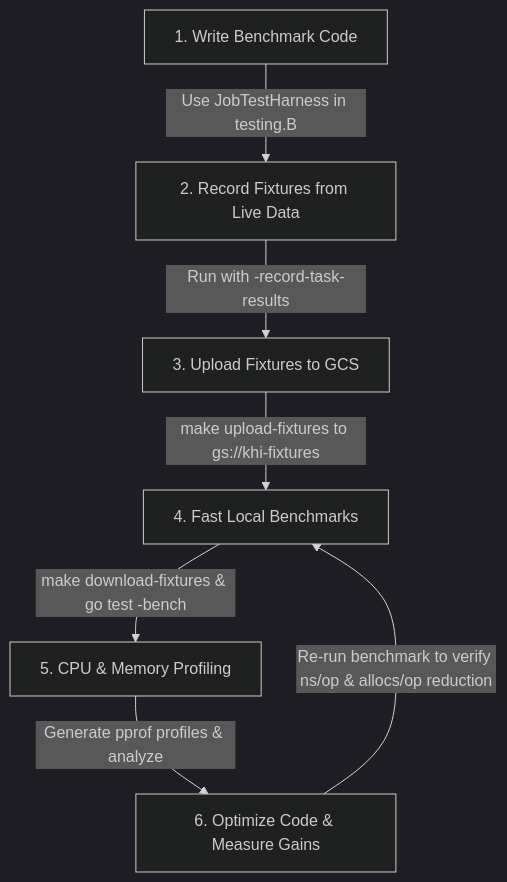
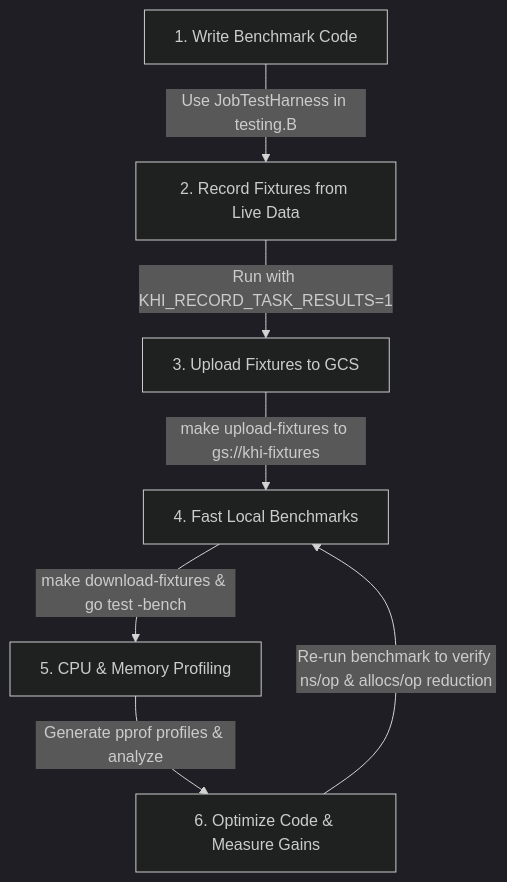
Before and after one commit to kyasbal/khi: the diagram in .agents/skills/task_record_replay/SKILL.md, drawn with Mermaid (dark theme). The commit also changed other lines of this file and 19 other files, not shown here.

````diff
--- a/.agents/skills/task_record_replay/SKILL.md
+++ b/.agents/skills/task_record_replay/SKILL.md
@@ -18,9 +18,9 @@
 ```mermaid
 flowchart TD
     A[1. Write Benchmark Code] -->|Use JobTestHarness in testing.B| B[2. Record Fixtures from Live Data]
-    B -->|Run with -record-task-results| C[3. Upload Fixtures to GCS]
+    B -->|Run with KHI_RECORD_TASK_RESULTS=1| C[3. Upload Fixtures to GCS]
     C -->|make upload-fixtures to gs://khi-fixtures| D[4. Fast Local Benchmarks]
     D -->|make download-fixtures & go test -bench| E[5. CPU & Memory Profiling]
     E -->|Generate pprof profiles & analyze| F[6. Optimize Code & Measure Gains]
     F -->|Re-run benchmark to verify ns/op & allocs/op reduction| D
 ```
````
